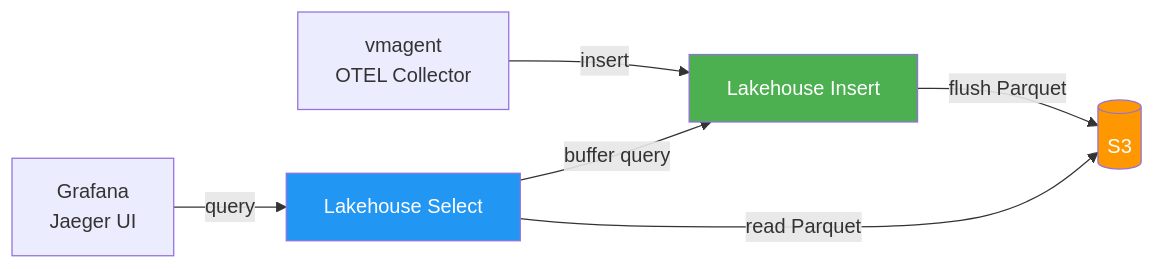
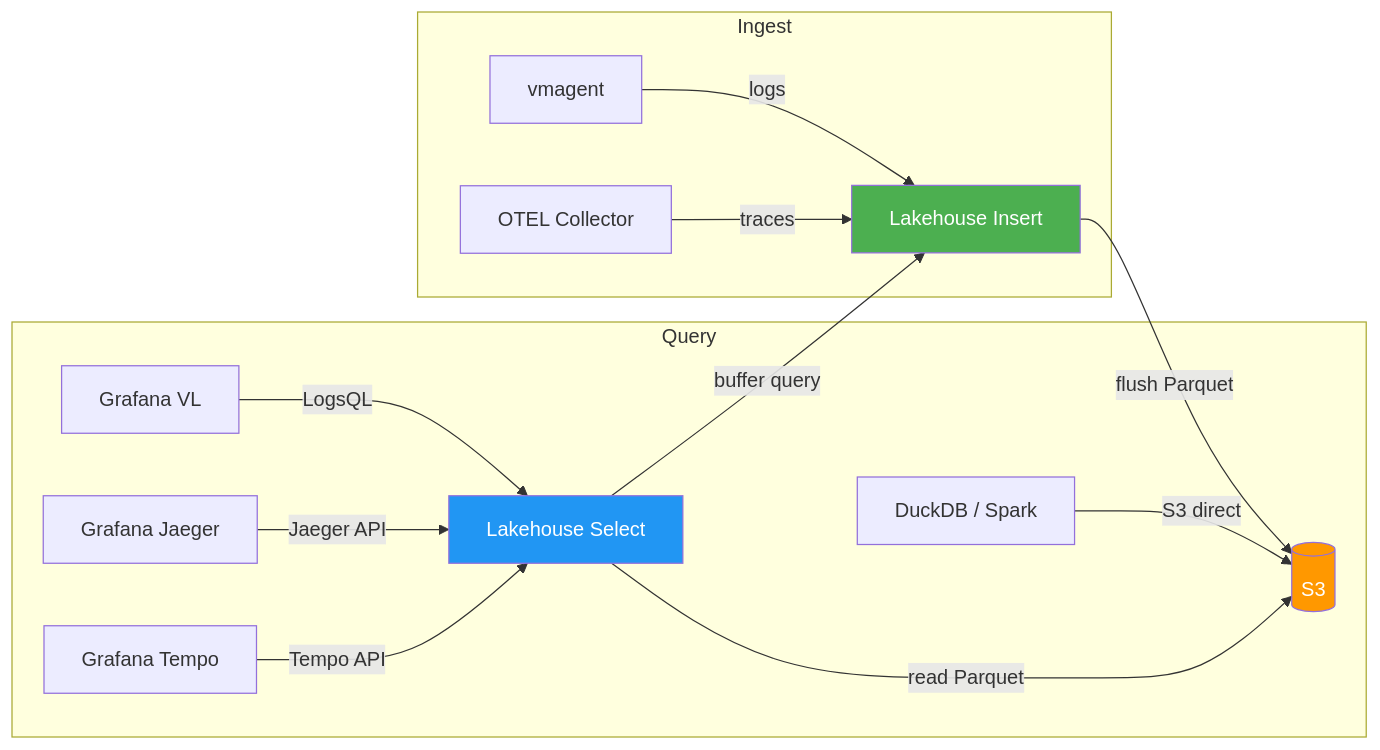
Before and after one commit to ReliablyObserve/victoria-lakehouse: the first of 2 diagrams in docs/getting-started.md, drawn with Mermaid. The commit also changed other lines of this file and 84 other files, not shown here.

````diff
--- a/docs/getting-started.md
+++ b/docs/getting-started.md
@@ -14,12 +16,20 @@
 ```mermaid
 graph LR
-    A[vmagent<br/>OTEL Collector] -->|insert| B[Lakehouse Insert]
+    subgraph Ingest
+        A1[vmagent] -->|logs| B[Lakehouse Insert]
+        A2[OTEL Collector] -->|traces| B
+    end
     B -->|flush Parquet| C[(S3)]
-    D[Grafana<br/>Jaeger UI] -->|query| E[Lakehouse Select]
+    subgraph Query
+        D1[Grafana VL] -->|LogsQL| E[Lakehouse Select]
+        D2[Grafana Jaeger] -->|Jaeger API| E
+        D3[Grafana Tempo] -->|Tempo API| E
+        D4[DuckDB / Spark] -->|S3 direct| C
+    end
     E -->|read Parquet| C
     E -->|buffer query| B
 
     style B fill:#4CAF50,color:#fff
     style E fill:#2196F3,color:#fff
     style C fill:#FF9800,color:#fff
 ```
````
